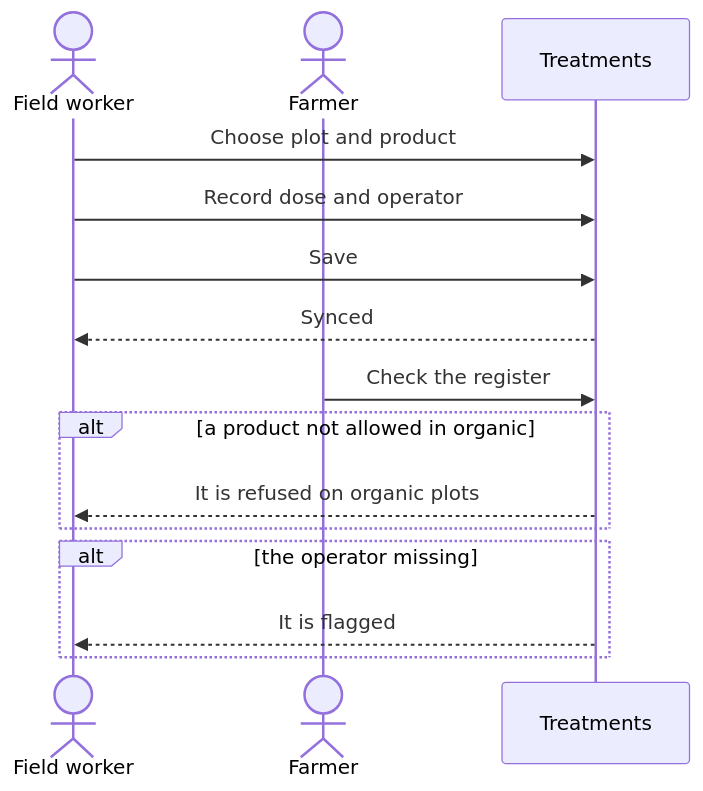
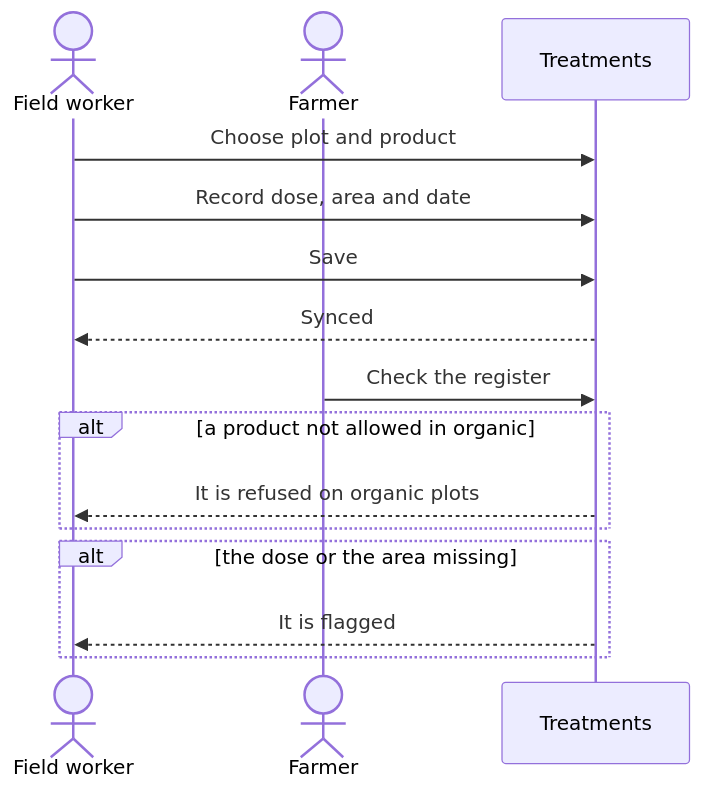
Before and after one commit to gpbcom/SimpleERP: the diagram in docs/specs/08-sectors/sc13-agriculture-and-food/use-cases/01-crops/uc-sc13-02-record-treatments-and-inputs.md, drawn with Mermaid. The commit also changed other lines of this file and 8816 other files, not shown here.

````diff
--- a/docs/specs/08-sectors/sc13-agriculture-and-food/use-cases/01-crops/uc-sc13-02-record-treatments-and-inputs.md
+++ b/docs/specs/08-sectors/sc13-agriculture-and-food/use-cases/01-crops/uc-sc13-02-record-treatments-and-inputs.md
@@ -114,17 +115,17 @@
 ```mermaid
 sequenceDiagram
   actor A1 as Field worker
   actor A2 as Farmer
   participant P1 as Treatments
   A1->>P1: Choose plot and product
-  A1->>P1: Record dose and operator
+  A1->>P1: Record dose, area and date
   A1->>P1: Save
   P1-->>A1: Synced
   A2->>P1: Check the register
   alt a product not allowed in organic
     P1-->>A1: It is refused on organic plots
   end
-  alt the operator missing
+  alt the dose or the area missing
     P1-->>A1: It is flagged
   end
 ```
````
